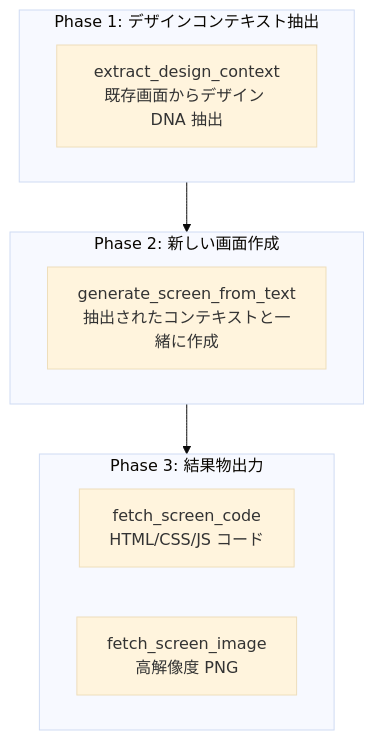
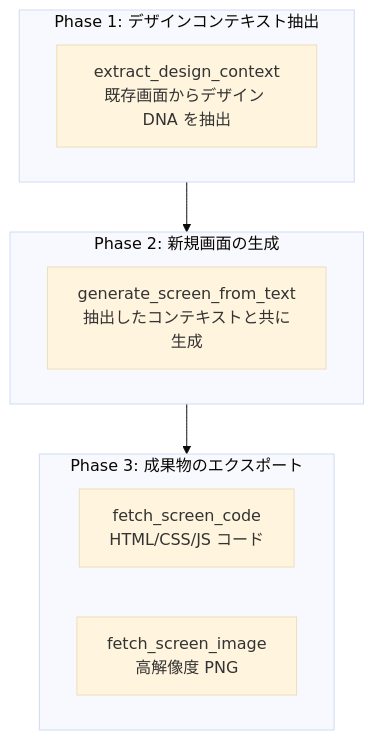
Before and after one commit to modu-ai/moai-adk: the second of 3 diagrams in docs-site/content/ja/advanced/stitch-guide.md, drawn with Mermaid (base theme). The commit also changed other lines of this file and 395 other files, not shown here.

````diff
--- a/docs-site/content/ja/advanced/stitch-guide.md
+++ b/docs-site/content/ja/advanced/stitch-guide.md
@@ -182,18 +182,18 @@
 ```mermaid
 flowchart TD
     subgraph P1["Phase 1: デザインコンテキスト抽出"]
-        EC["extract_design_context<br>既存画面からデザイン DNA 抽出"]
+        EC["extract_design_context<br>既存画面からデザイン DNA を抽出"]
     end
 
-    subgraph P2["Phase 2: 新しい画面作成"]
-        GS["generate_screen_from_text<br>抽出されたコンテキストと一緒に作成"]
+    subgraph P2["Phase 2: 新規画面の生成"]
+        GS["generate_screen_from_text<br>抽出したコンテキストと共に生成"]
     end
 
-    subgraph P3["Phase 3: 結果物出力"]
+    subgraph P3["Phase 3: 成果物のエクスポート"]
         FC["fetch_screen_code<br>HTML/CSS/JS コード"]
         FI["fetch_screen_image<br>高解像度 PNG"]
     end
 
     P1 --> P2
     P2 --> P3
 ```
````
